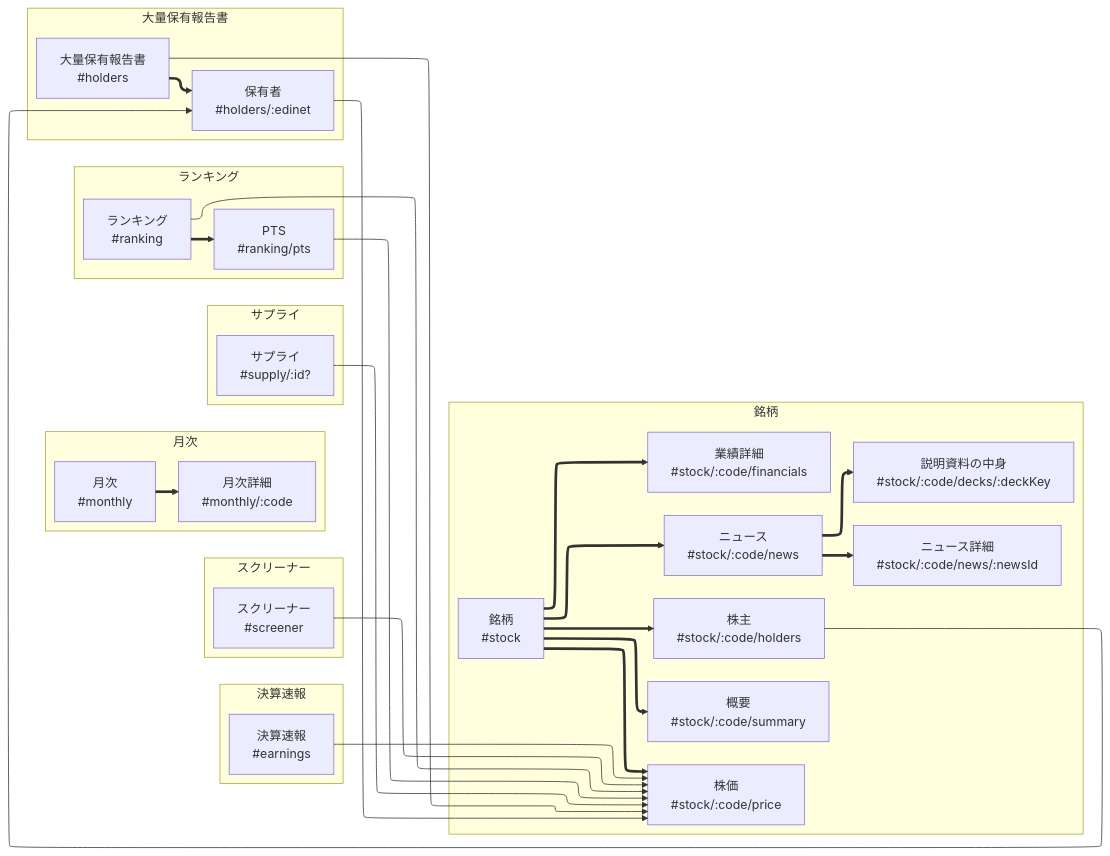
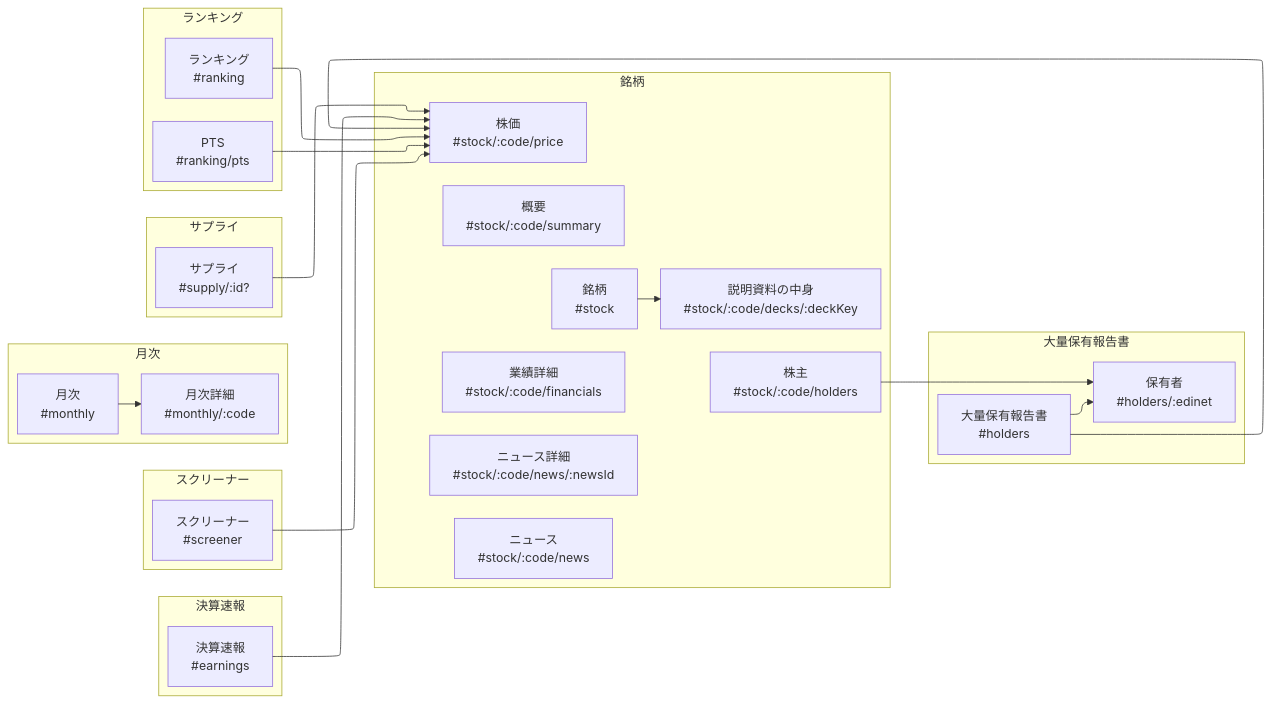
Before and after one commit to pekumirui/stock-analyzer: the diagram in docs/SCREENS.md, drawn with Mermaid. The commit also changed other lines of this file and 46 other files, not shown here.

Commit message:
improve(KAB-621): パンくずリストを消し、画面遷移図を JS の呼び出しから作り直す (#1827)

````diff
--- a/docs/SCREENS.md
+++ b/docs/SCREENS.md
@@ -26,56 +26,48 @@
 ```mermaid
 ---
 config:
   layout: elk
 ---
 flowchart LR
   subgraph earnings["決算速報"]
     s0["決算速報<br>#earnings"]
   end
   subgraph stock["銘柄"]
     s1["銘柄<br>#stock"]
     s2["概要<br>#stock/:code/summary"]
     s3["株価<br>#stock/:code/price"]
     s4["業績詳細<br>#stock/:code/financials"]
     s5["ニュース<br>#stock/:code/news"]
     s6["ニュース詳細<br>#stock/:code/news/:newsId"]
     s7["株主<br>#stock/:code/holders"]
     s8["説明資料の中身<br>#stock/:code/decks/:deckKey"]
   end
   subgraph screener["スクリーナー"]
     s9["スクリーナー<br>#screener"]
   end
   subgraph monthly["月次"]
     s10["月次<br>#monthly"]
     s11["月次詳細<br>#monthly/:code"]
   end
   subgraph supply["サプライ"]
     s12["サプライ<br>#supply/:id?"]
   end
   subgraph ranking["ランキング"]
     s13["ランキング<br>#ranking"]
     s14["PTS<br>#ranking/pts"]
   end
   subgraph holders["大量保有報告書"]
     s15["大量保有報告書<br>#holders"]
     s16["保有者<br>#holders/:edinet"]
   end
-  s1 ==> s2
-  s1 ==> s3
   s0 --> s3
-  s9 --> s3
+  s15 --> s16
+  s15 --> s3
+  s10 --> s11
   s13 --> s3
   s14 --> s3
+  s9 --> s3
+  s1 --> s8
+  s7 --> s16
   s12 --> s3
-  s15 --> s3
-  s16 --> s3
-  s1 ==> s4
-  s1 ==> s5
-  s5 ==> s6
-  s1 ==> s7
-  s5 ==> s8
-  s10 ==> s11
-  s13 ==> s14
-  s15 ==> s16
-  s7 --> s16
 ```
````
